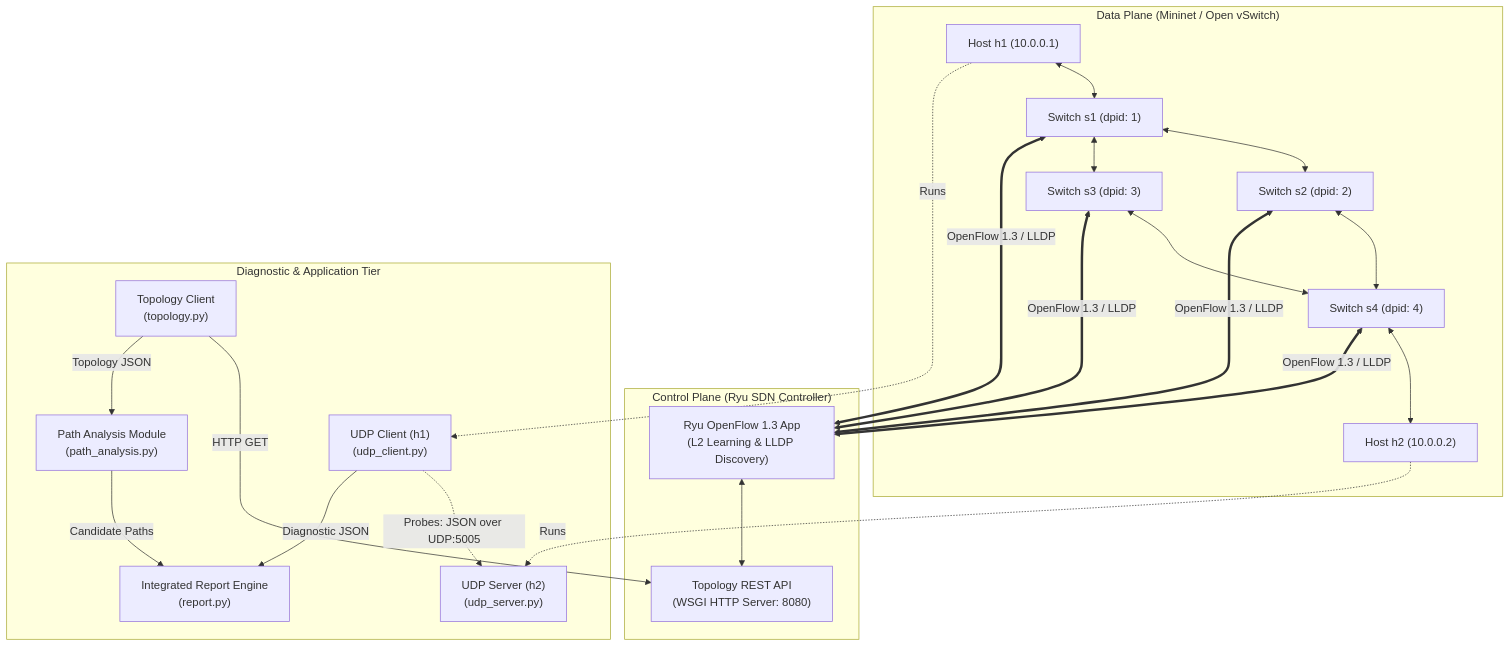
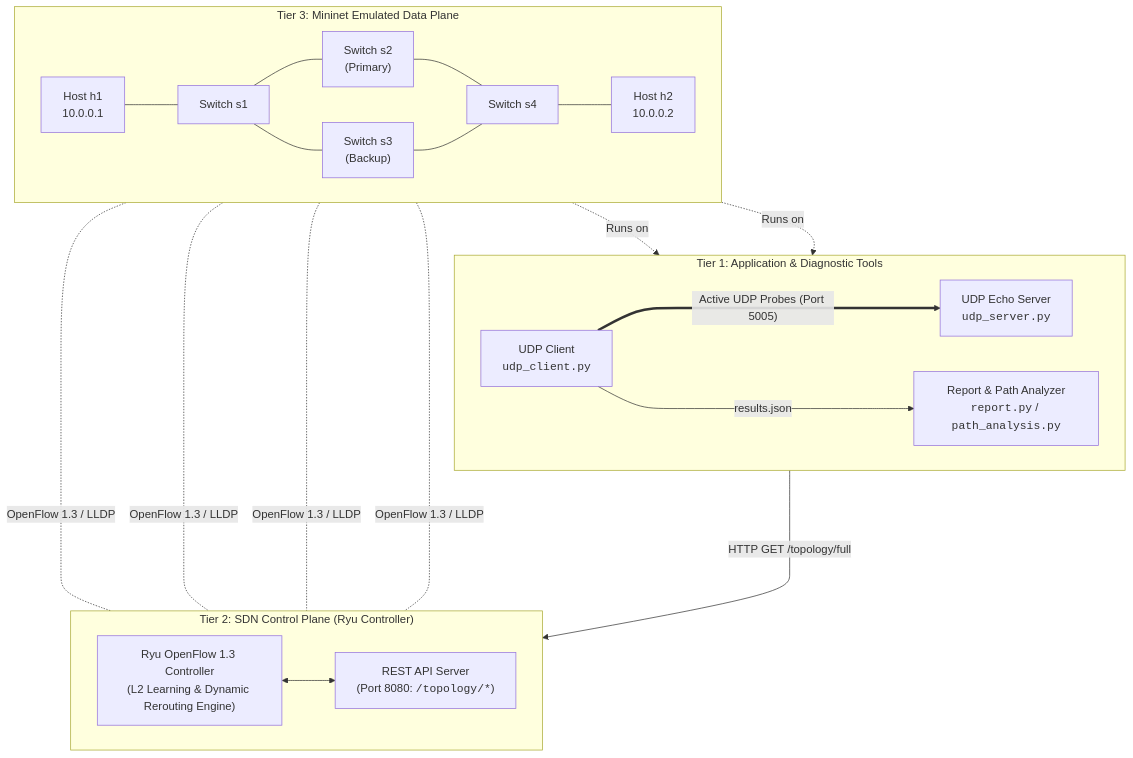
The first of 4 diagrams in docs/architecture.md (YatishGowda09/network-diagnostic-tool), drawn with Mermaid before and after one commit. The commit also changed other lines of this file and 16 other files, not shown here.

Commit message:
feat: implement dynamic SDN rerouting, failover demo, jitter, benchmarks, and simplified architecture diagrams

````diff
--- a/docs/architecture.md
+++ b/docs/architecture.md
@@ -24,47 +24,43 @@
 ```mermaid
 flowchart TD
-    subgraph DataPlane ["Data Plane (Mininet / Open vSwitch)"]
-        H1["Host h1 (10.0.0.1)"]
-        H2["Host h2 (10.0.0.2)"]
-        S1["Switch s1 (dpid: 1)"]
-        S2["Switch s2 (dpid: 2)"]
-        S3["Switch s3 (dpid: 3)"]
-        S4["Switch s4 (dpid: 4)"]
-
-        H1 <--> S1
-        S1 <--> S2
-        S1 <--> S3
-        S2 <--> S4
-        S3 <--> S4
-        S4 <--> H2
+    subgraph AppTier ["Tier 1: Application & Diagnostic Tools"]
+        direction LR
+        UDPClient["UDP Client<br/><code>udp_client.py</code>"]
+        UDPServer["UDP Echo Server<br/><code>udp_server.py</code>"]
+        ReportGen["Report & Path Analyzer<br/><code>report.py</code> / <code>path_analysis.py</code>"]
     end
 
-    subgraph ControlPlane ["Control Plane (Ryu SDN Controller)"]
-        RyuCore["Ryu OpenFlow 1.3 App<br/>(L2 Learning & LLDP Discovery)"]
-        RestAPI["Topology REST API<br/>(WSGI HTTP Server: 8080)"]
+    subgraph ControlTier ["Tier 2: SDN Control Plane (Ryu Controller)"]
+        direction LR
+        RyuCore["Ryu OpenFlow 1.3 Controller<br/>(L2 Learning & Dynamic Rerouting Engine)"]
+        RestAPI["REST API Server<br/>(Port 8080: <code>/topology/*</code>)"]
         RyuCore <--> RestAPI
     end
 
-    subgraph Diagnostics ["Diagnostic & Application Tier"]
-        UDPClient["UDP Client (h1)<br/>(udp_client.py)"]
-        UDPServer["UDP Server (h2)<br/>(udp_server.py)"]
-        TopoClient["Topology Client<br/>(topology.py)"]
-        PathAnalysis["Path Analysis Module<br/>(path_analysis.py)"]
-        ReportGen["Integrated Report Engine<br/>(report.py)"]
-
-        UDPClient -.->|"Probes: JSON over UDP:5005"| UDPServer
-        TopoClient -->|"HTTP GET"| RestAPI
-        TopoClient -->|"Topology JSON"| PathAnalysis
-        UDPClient -->|"Diagnostic JSON"| ReportGen
-        PathAnalysis -->|"Candidate Paths"| ReportGen
+    subgraph DataTier ["Tier 3: Mininet Emulated Data Plane"]
+        direction LR
+        H1["Host h1<br/>10.0.0.1"] --- S1["Switch s1"]
+        S1 --- S2["Switch s2<br/>(Primary)"]
+        S1 --- S3["Switch s3<br/>(Backup)"]
+        S2 --- S4["Switch s4"]
+        S3 --- S4
+        S4 --- H2["Host h2<br/>10.0.0.2"]
     end
 
-    %% OpenFlow Control Channels
-    S1 <==>|"OpenFlow 1.3 / LLDP"| RyuCore
-    S2 <==>|"OpenFlow 1.3 / LLDP"| RyuCore
-    S3 <==>|"OpenFlow 1.3 / LLDP"| RyuCore
-    S4 <==>|"OpenFlow 1.3 / LLDP"| RyuCore
+    %% Application endpoints running on hosts
+    H1 -.->|"Runs on"| UDPClient
+    H2 -.->|"Runs on"| UDPServer
 
-    H1 -.->|"Runs"| UDPClient
-    H2 -.->|"Runs"| UDPServer
+    %% Active diagnostic probing
+    UDPClient ====>|"Active UDP Probes (Port 5005)"| UDPServer
+
+    %% Control plane interactions
+    ReportGen ---->|"HTTP GET /topology/full"| RestAPI
+    UDPClient ---->|"results.json"| ReportGen
+
+    %% OpenFlow 1.3 control channels
+    S1 -.-|"OpenFlow 1.3 / LLDP"| RyuCore
+    S2 -.-|"OpenFlow 1.3 / LLDP"| RyuCore
+    S3 -.-|"OpenFlow 1.3 / LLDP"| RyuCore
+    S4 -.-|"OpenFlow 1.3 / LLDP"| RyuCore
 ```
````
